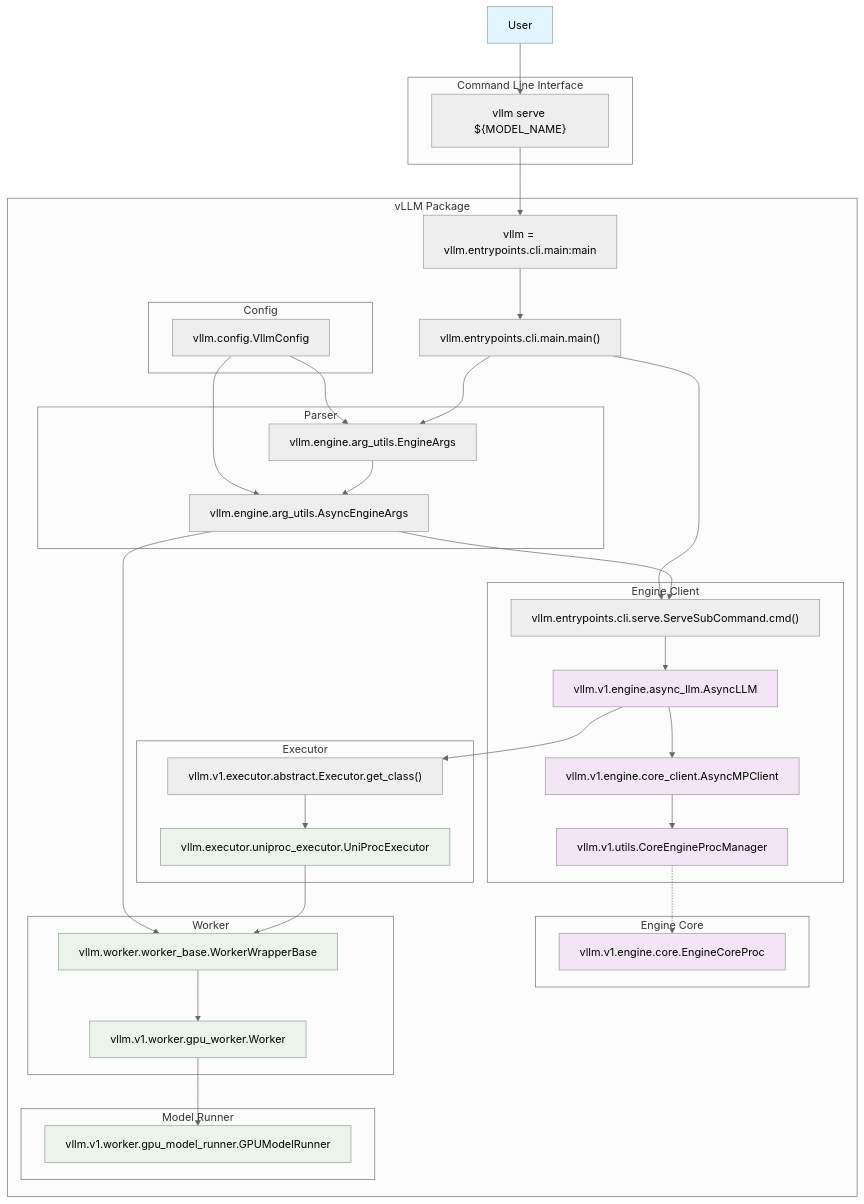
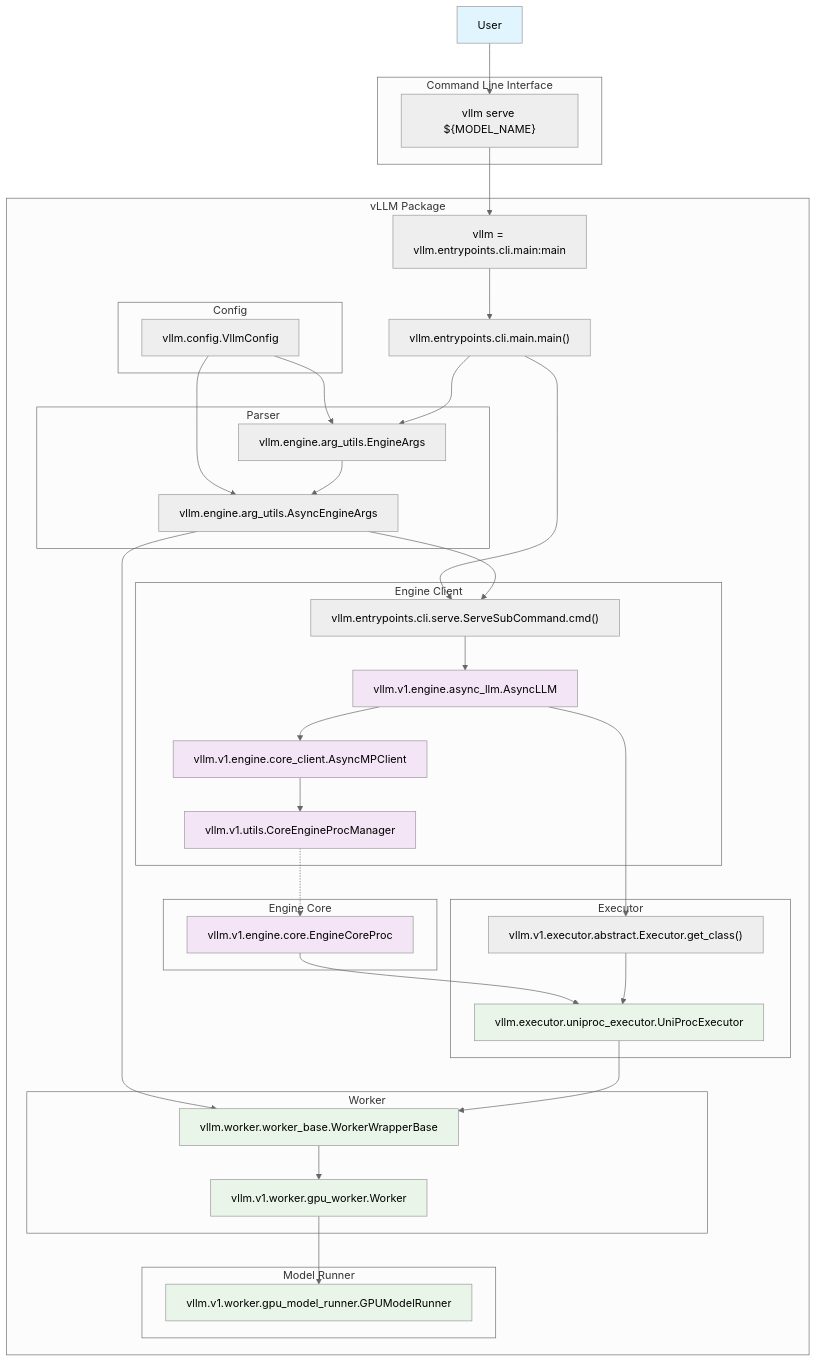
The diagram in source/_posts/vllm-openai-1.md (Zerohertz/zerohertz.github.io), drawn with Mermaid (neutral theme) before and after one commit.

Commit message:
:memo: docs: code review: deep dive into vllm's architecture and implementation analysis of openai-compatible serving (1/2)

````diff
--- a/source/_posts/vllm-openai-1.md
+++ b/source/_posts/vllm-openai-1.md
@@ -1302,52 +1302,52 @@
 ```mermaid
 flowchart TD
     User
     subgraph Command Line Interface
         vs["vllm serve ${MODEL_NAME}"]
     end
     subgraph vLLM Package
         pyproject["vllm = "vllm.entrypoints.cli.main:main""]
         cli_main["vllm.entrypoints.cli.main.main()"]
         subgraph Parser
             arg["vllm.engine.arg_utils.EngineArgs"]
             aarg["vllm.engine.arg_utils.AsyncEngineArgs"]
         end
         subgraph Config
             cfg["vllm.config.VllmConfig"]
         end
         subgraph Engine Client
             ssc["vllm.entrypoints.cli.serve.ServeSubCommand.cmd()"]
             alc["vllm.v1.engine.async_llm.AsyncLLM"]
             amc["vllm.v1.engine.core_client.AsyncMPClient"]
             cepm["vllm.v1.utils.CoreEngineProcManager"]
         end
         subgraph Engine Core
             ecp["vllm.v1.engine.core.EngineCoreProc"]
         end
         subgraph Executor
             exe["vllm.v1.executor.abstract.Executor.get_class()"]
             uni["vllm.executor.uniproc_executor.UniProcExecutor"]
         end
         subgraph Worker
             ww["vllm.worker.worker_base.WorkerWrapperBase"]
             wo["vllm.v1.worker.gpu_worker.Worker"]
         end
         subgraph Model Runner
             mr["vllm.v1.worker.gpu_model_runner.GPUModelRunner"]
         end
     end
 
-    User-->vs-->pyproject-->cli_main-->ssc-->alc-->amc-->cepm-.->ecp
+    User-->vs-->pyproject-->cli_main-->ssc-->alc-->amc-->cepm-.->ecp-->uni
     cfg-->arg
     cfg-->aarg-->ww
     cli_main-->arg-->aarg-->ssc
     alc-->exe-->uni-->ww-->wo-->mr
 
     classDef userClass fill:#e1f5fe
     classDef engineClass fill:#f3e5f5
     classDef workerClass fill:#e8f5e8
 
     class User userClass
     class alc,amc,cepm,ecp engineClass
     class uni,ww,wo,mr workerClass
 ```
````
